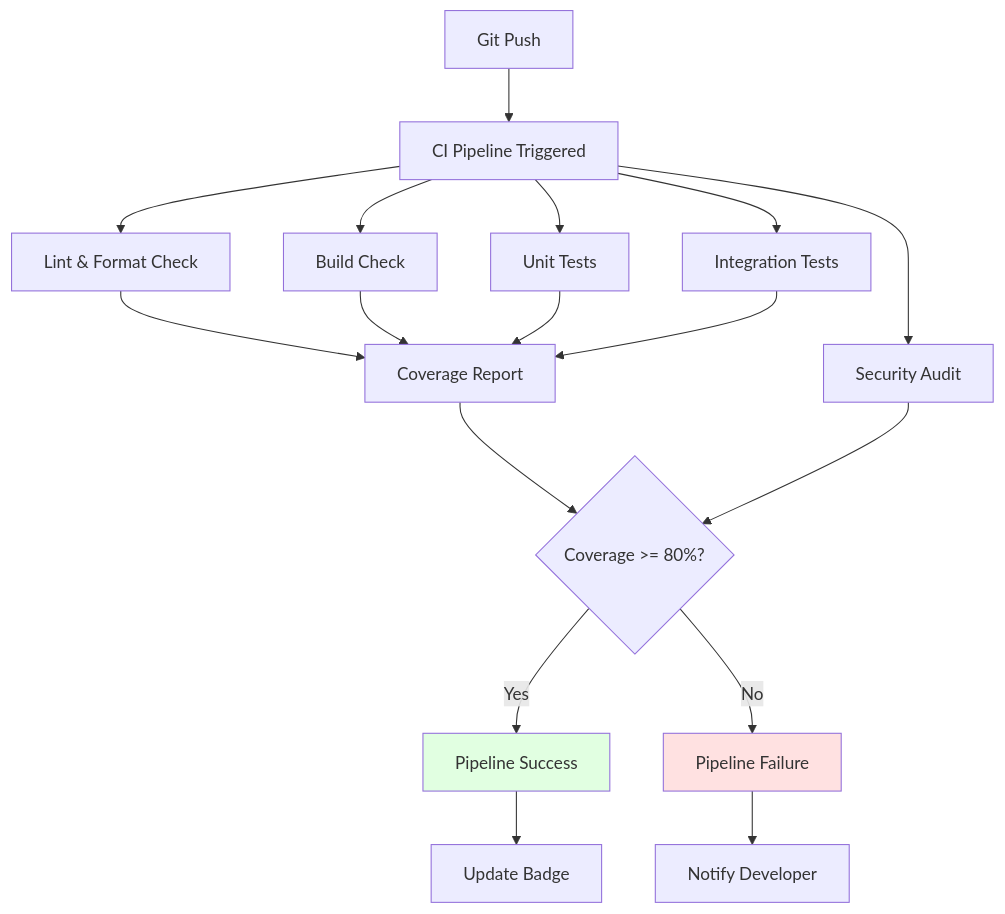
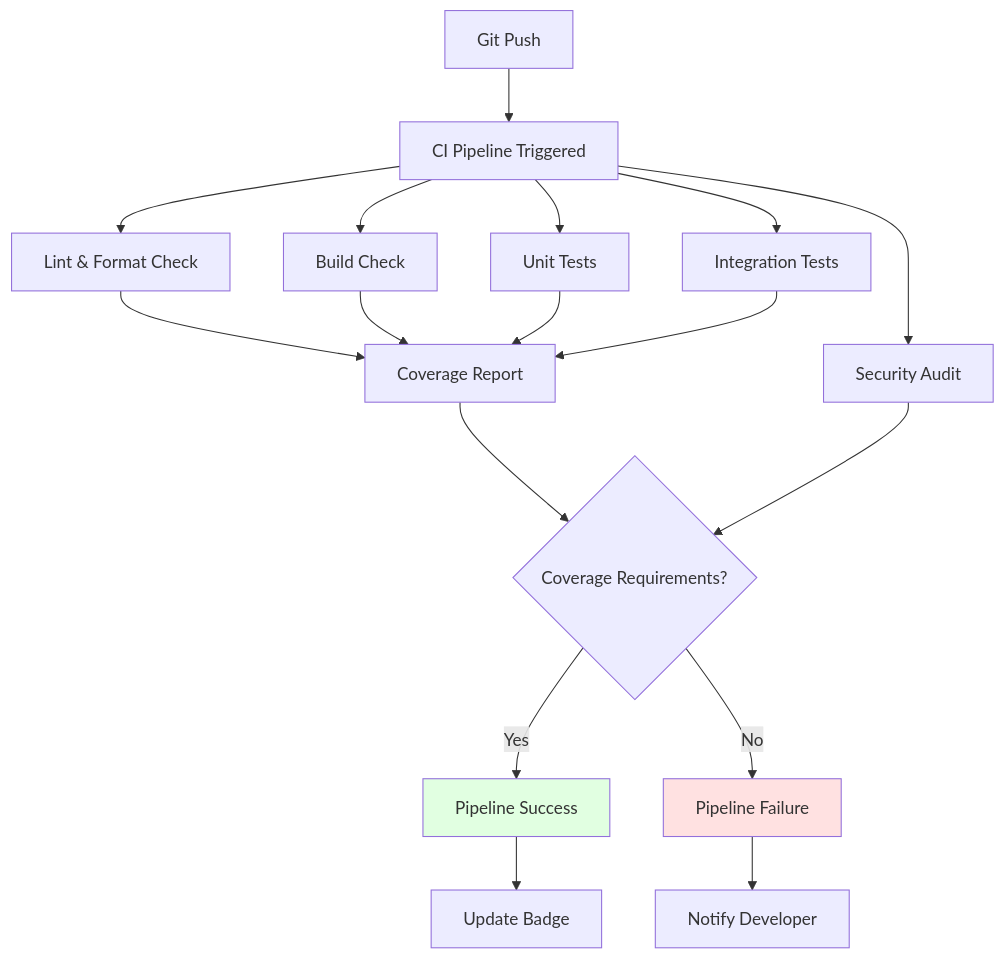
One commit to photom/magicer changed diagram 16 of 16 in docs/reference/TESTING_STRATEGY.md. Above: the diagram before and after it, drawn with Mermaid. The commit also changed other lines of this file and 4 other files, not shown here.

````diff
--- a/docs/reference/TESTING_STRATEGY.md
+++ b/docs/reference/TESTING_STRATEGY.md
@@ -937,27 +936,27 @@
 ```mermaid
 graph TB
     Push[Git Push] --> CI[CI Pipeline Triggered]
     
     CI --> Lint[Lint & Format Check]
     CI --> Build[Build Check]
     CI --> UnitTest[Unit Tests]
     CI --> IntTest[Integration Tests]
     CI --> Security[Security Audit]
     
     Lint --> Coverage[Coverage Report]
     Build --> Coverage
     UnitTest --> Coverage
     IntTest --> Coverage
     
-    Coverage --> Gate{Coverage >= 80%?}
+    Coverage --> Gate{Coverage Requirements?}
     Security --> Gate
     
     Gate -->|Yes| Success[Pipeline Success]
     Gate -->|No| Fail[Pipeline Failure]
     
     Success --> Badge[Update Badge]
     Fail --> Notify[Notify Developer]
     
     style Success fill:#e1ffe1
     style Fail fill:#ffe1e1
 ```
````
